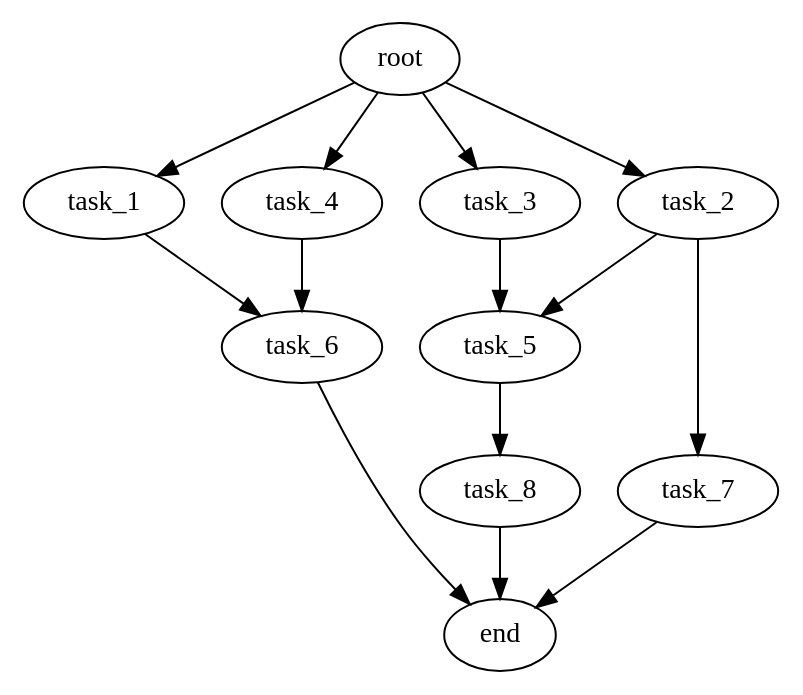
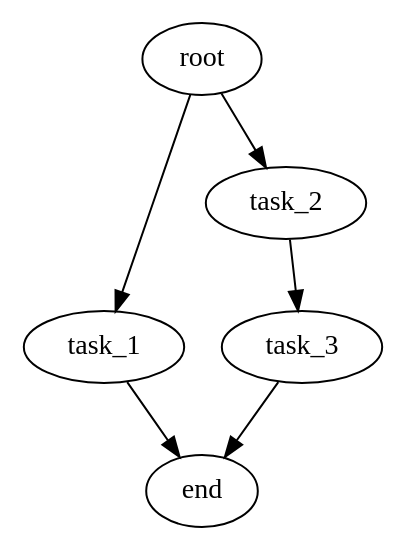
The diagram in tools/dag_gen/gen_multithread_program_tmp/one_thread.dot (Ksenia-C/dslab), drawn with Graphviz before and after one commit. The commit also changed 62 other files, not shown here.

```diff
--- a/tools/dag_gen/gen_multithread_program_tmp/one_thread.dot
+++ b/tools/dag_gen/gen_multithread_program_tmp/one_thread.dot
@@ -1,26 +1,13 @@
 digraph G {
   root [size="1.000000e+00"];
   task_1 [size="2.129140e+01"];
   task_2 [size="1.540917e+01"];
   task_3 [size="7.874991e+00"];
-  task_4 [size="5.117865e+01"];
-  task_5 [size="2.390834e+01"];
-  task_6 [size="2.207151e+01"];
-  task_7 [size="4.554602e+01"];
-  task_8 [size="3.883260e+01"];
   end [size="1.000000e+00"];
 
   root -> task_1 [size="1.000000e-12"];
   root -> task_2 [size="1.000000e-12"];
-  root -> task_3 [size="1.000000e-12"];
-  root -> task_4 [size="1.000000e-12"];
-  task_1 -> task_6 [size="1.434648e+01"];
-  task_2 -> task_5 [size="1.554042e+01"];
-  task_2 -> task_7 [size="5.920982e+01"];
-  task_3 -> task_5 [size="1.554042e+01"];
-  task_4 -> task_6 [size="1.434648e+01"];
-  task_5 -> task_8 [size="5.048238e+01"];
-  task_6 -> end [size="1.000000e-12"];
-  task_7 -> end [size="1.000000e-12"];
-  task_8 -> end [size="1.000000e-12"];
+  task_1 -> end [size="1.000000e-12"];
+  task_2 -> task_3 [size="1.023749e+01"];
+  task_3 -> end [size="1.000000e-12"];
 }
```
